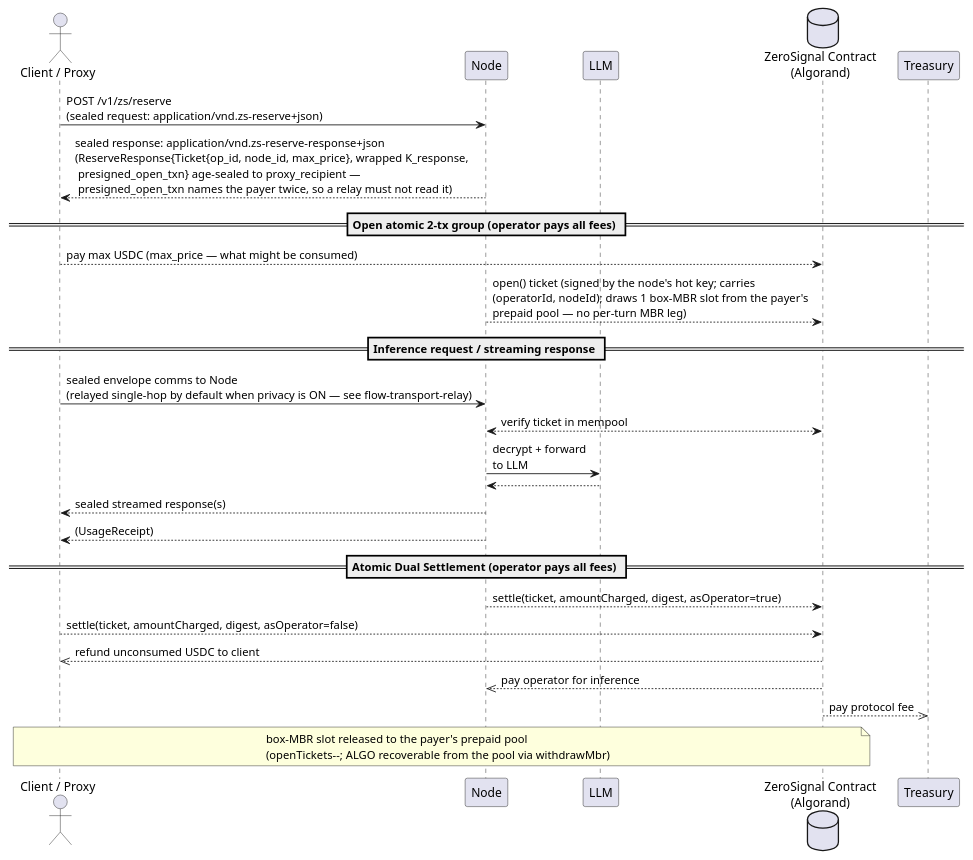
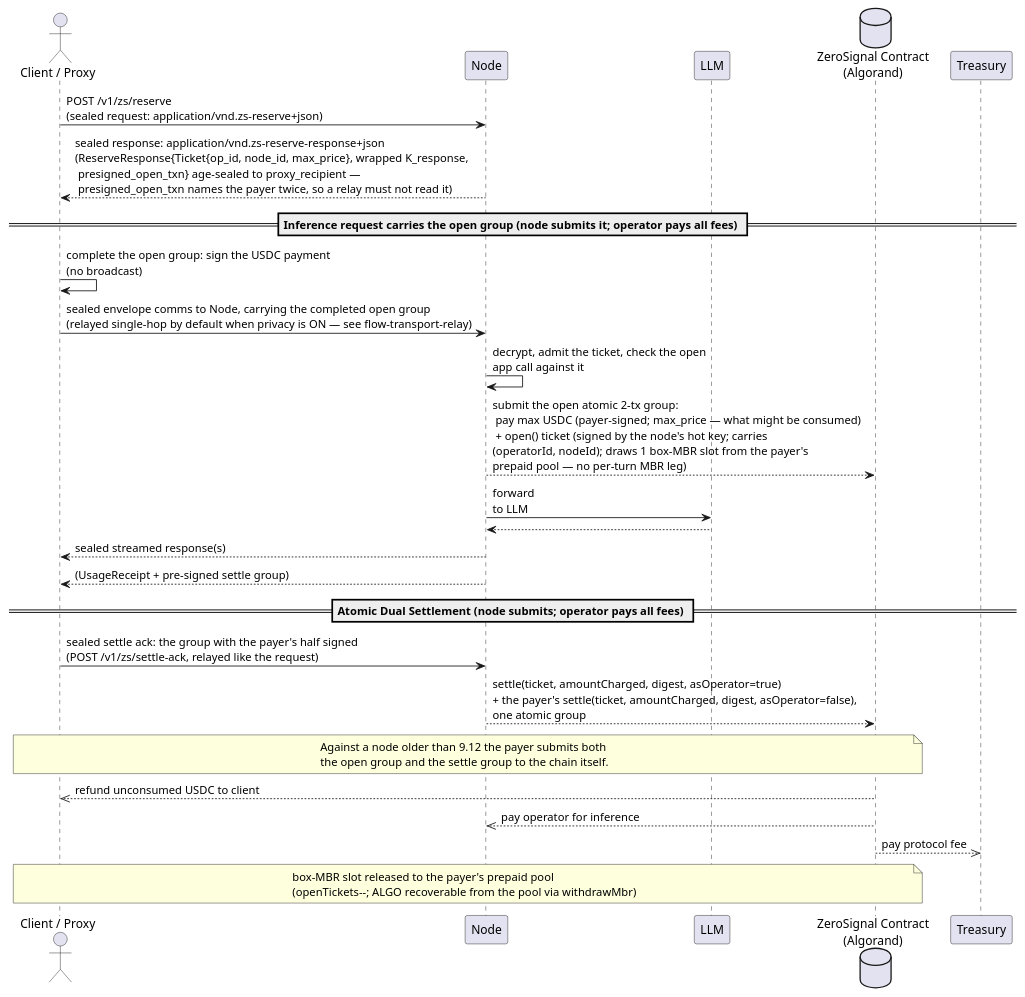
One commit to TxnLab/zerosignal changed the diagram in docs/reserve-seal-settle.puml. Above: the diagram before and after it, drawn with PlantUML. The commit also changed 12 other files, not shown here.

First line of the commit message:
escrow: refundInactive references the treasury; 9.12 diagrams (#35)

```diff
--- a/docs/reserve-seal-settle.puml
+++ b/docs/reserve-seal-settle.puml
@@ -1,35 +1,35 @@
 @startuml
 'skinparam backgroundColor #F6F1E4
 'skinparam sequence {
 '  ArrowColor #0B0F1A
 '  LifeLineBorderColor #0B0F1A
 '  ParticipantBorderColor #0B0F1A
 '  ParticipantBackgroundColor #F6F1E4
 '}
 
 actor "Client / Proxy" as P
 participant "Node" as N
 participant "LLM" as L
 database "ZeroSignal Contract\n(Algorand)" as A
 participant "Treasury" as T
 
 P -> N: POST /v1/zs/reserve\n(sealed request: application/vnd.zs-reserve+json)
 N --> P: sealed response: application/vnd.zs-reserve-response+json\n(ReserveResponse{Ticket{op_id, node_id, max_price}, wrapped K_response,\n presigned_open_txn} age-sealed to proxy_recipient —\n presigned_open_txn names the payer twice, so a relay must not read it)
-== Open atomic 2-tx group (operator pays all fees) ==
-P --> A: pay max USDC (max_price — what might be consumed)
-N --> A: open() ticket (signed by the node's hot key; carries\n(operatorId, nodeId); draws 1 box-MBR slot from the payer's\nprepaid pool — no per-turn MBR leg)
-== Inference request / streaming response ==
-P -> N: sealed envelope comms to Node\n(relayed single-hop by default when privacy is ON — see flow-transport-relay)
-N <--> A: verify ticket in mempool
-N -> L: decrypt + forward\nto LLM
+== Inference request carries the open group (node submits it; operator pays all fees) ==
+P -> P: complete the open group: sign the USDC payment\n(no broadcast)
+P -> N: sealed envelope comms to Node, carrying the completed open group\n(relayed single-hop by default when privacy is ON — see flow-transport-relay)
+N -> N: decrypt, admit the ticket, check the open\napp call against it
+N --> A: submit the open atomic 2-tx group:\n pay max USDC (payer-signed; max_price — what might be consumed)\n + open() ticket (signed by the node's hot key; carries\n(operatorId, nodeId); draws 1 box-MBR slot from the payer's\nprepaid pool — no per-turn MBR leg)
+N -> L: forward\nto LLM
 L --> N:
 N --> P: sealed streamed response(s)
-N --> P: (UsageReceipt)
-== Atomic Dual Settlement (operator pays all fees) ==
-N --> A: settle(ticket, amountCharged, digest, asOperator=true)
-P --> A: settle(ticket, amountCharged, digest, asOperator=false)
+N --> P: (UsageReceipt + pre-signed settle group)
+== Atomic Dual Settlement (node submits; operator pays all fees) ==
+P -> N: sealed settle ack: the group with the payer's half signed\n(POST /v1/zs/settle-ack, relayed like the request)
+N --> A: settle(ticket, amountCharged, digest, asOperator=true)\n+ the payer's settle(ticket, amountCharged, digest, asOperator=false),\none atomic group
+note over P, A: Against a node older than 9.12 the payer submits both\nthe open group and the settle group to the chain itself.
 A -->> P: refund unconsumed USDC to client
 A -->> N: pay operator for inference
 A -->> T: pay protocol fee
 note over A, P: box-MBR slot released to the payer's prepaid pool\n(openTickets--; ALGO recoverable from the pool via withdrawMbr)
 @enduml
```
